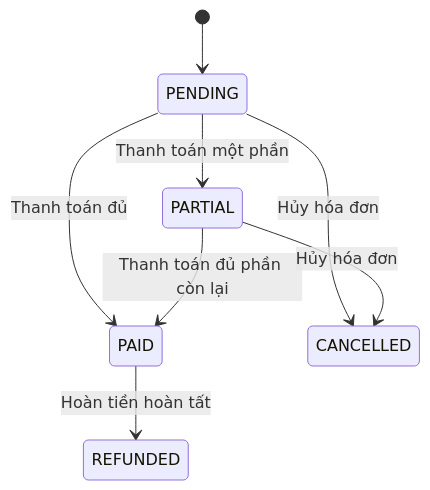
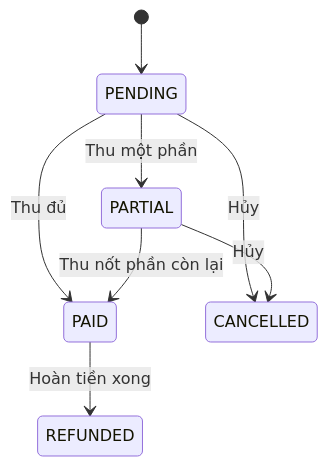
Before and after one commit to TamDaE2k5/english_center: the second of 4 diagrams in services/finance/docs/finance-schema-spec.md, drawn with Mermaid. The commit also changed other lines of this file and 26 other files, not shown here.

````diff
--- a/services/finance/docs/finance-schema-spec.md
+++ b/services/finance/docs/finance-schema-spec.md
@@ -348,10 +686,10 @@
 ```mermaid
 stateDiagram-v2
     [*] --> PENDING
-    PENDING --> PARTIAL : Thanh toán một phần
-    PENDING --> PAID : Thanh toán đủ
-    PARTIAL --> PAID : Thanh toán đủ phần còn lại
-    PENDING --> CANCELLED : Hủy hóa đơn
-    PARTIAL --> CANCELLED : Hủy hóa đơn
-    PAID --> REFUNDED : Hoàn tiền hoàn tất
+    PENDING --> PARTIAL : Thu một phần
+    PENDING --> PAID : Thu đủ
+    PARTIAL --> PAID : Thu nốt phần còn lại
+    PENDING --> CANCELLED : Hủy
+    PARTIAL --> CANCELLED : Hủy
+    PAID --> REFUNDED : Hoàn tiền xong
 ```
````
